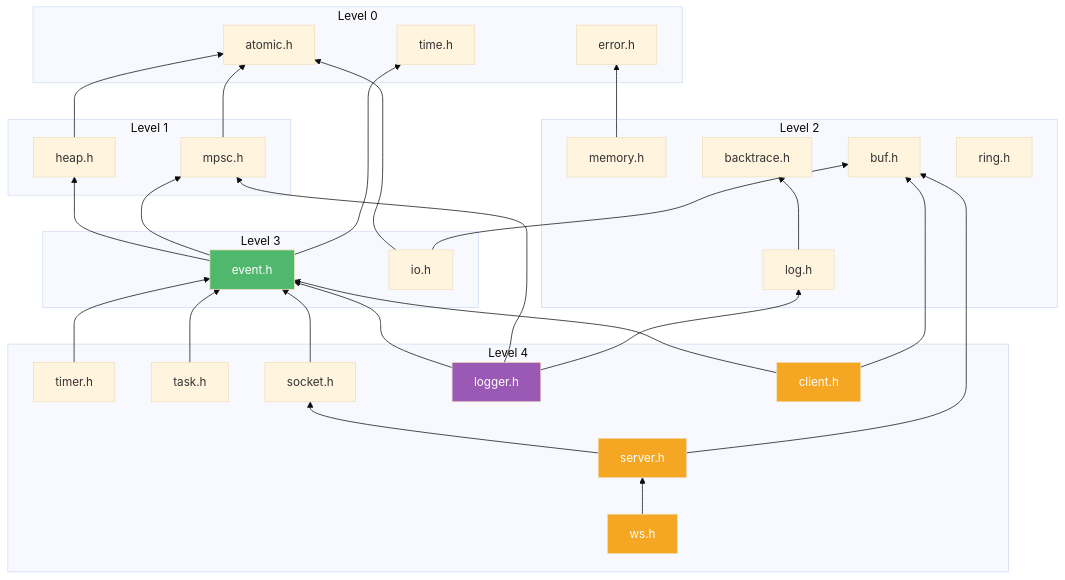
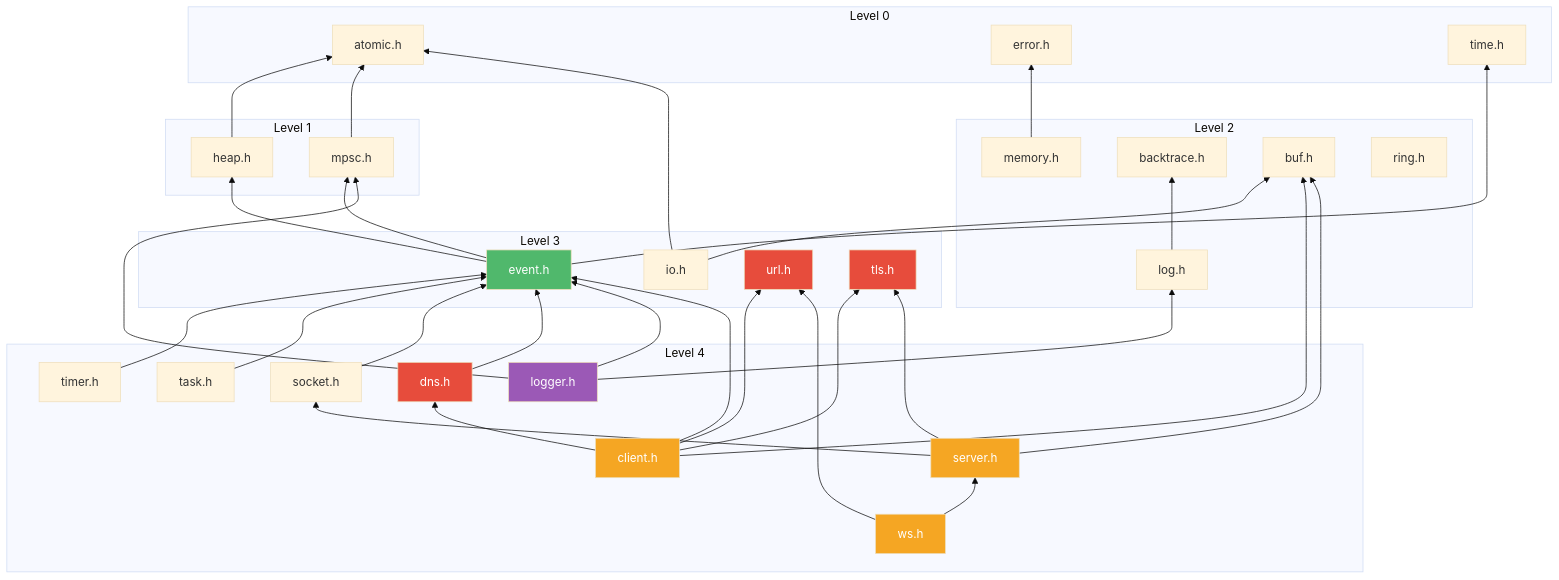
The second of 2 diagrams in docs/README.md (mivinci/DownloadKit), drawn with Mermaid (base theme) before and after one commit. The commit also changed other lines of this file and 13 other files, not shown here.

````diff
--- a/docs/README.md
+++ b/docs/README.md
@@ -126,63 +149,75 @@
 ```mermaid
 graph BT
     subgraph "Level 0"
         ATOMIC["atomic.h"]
         ERROR["error.h"]
         TIME["time.h"]
     end
 
     subgraph "Level 1"
         HEAP["heap.h"]
         MPSC["mpsc.h"]
     end
 
     subgraph "Level 2"
         MEMORY["memory.h"]
         LOG["log.h"]
         BT_["backtrace.h"]
         BUF["buf.h"]
         RING["ring.h"]
     end
 
     subgraph "Level 3"
         EVENT["event.h"]
         IO["io.h"]
+        URL["url.h"]
+        TLS_CONF["tls.h"]
     end
 
     subgraph "Level 4"
         TIMER["timer.h"]
         TASK["task.h"]
         SOCKET["socket.h"]
+        DNS["dns.h"]
         LOGGER["logger.h"]
         CLIENT["client.h"]
         SERVER["server.h"]
         WS["ws.h"]
     end
 
     HEAP --> ATOMIC
     MPSC --> ATOMIC
     MEMORY --> ERROR
     LOG --> BT_
     IO --> ATOMIC
     IO --> BUF
     EVENT --> HEAP
     EVENT --> MPSC
     EVENT --> TIME
     TIMER --> EVENT
     TASK --> EVENT
     SOCKET --> EVENT
+    DNS --> EVENT
     LOGGER --> EVENT
     LOGGER --> MPSC
     LOGGER --> LOG
     CLIENT --> EVENT
     CLIENT --> BUF
+    CLIENT --> URL
+    CLIENT --> DNS
+    CLIENT --> TLS_CONF
     SERVER --> SOCKET
     SERVER --> BUF
+    SERVER --> TLS_CONF
     WS --> SERVER
+    WS --> URL
 
     style EVENT fill:#50b86c,color:#fff
+    style URL fill:#e74c3c,color:#fff
+    style DNS fill:#e74c3c,color:#fff
+    style TLS_CONF fill:#e74c3c,color:#fff
     style CLIENT fill:#f5a623,color:#fff
     style SERVER fill:#f5a623,color:#fff
     style WS fill:#f5a623,color:#fff
     style LOGGER fill:#9b59b6,color:#fff
 ```
````
